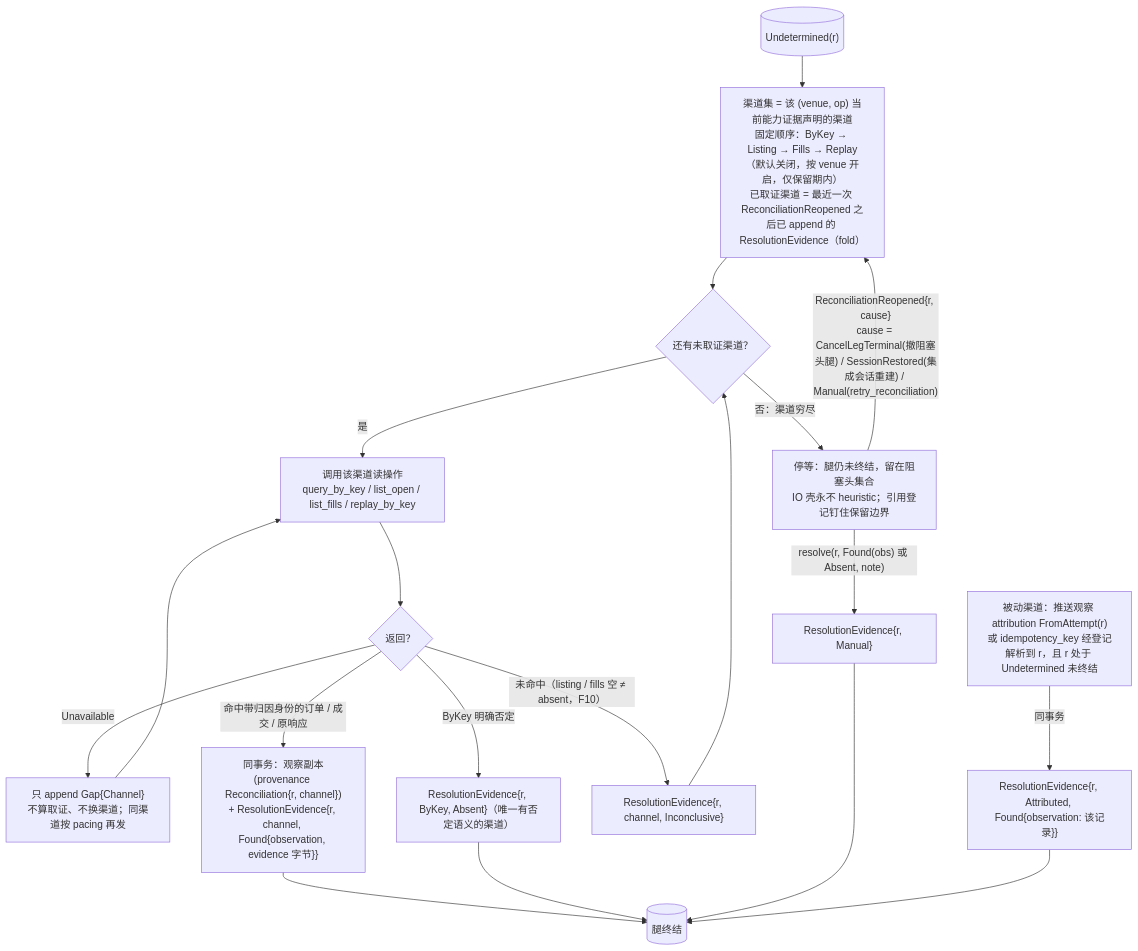
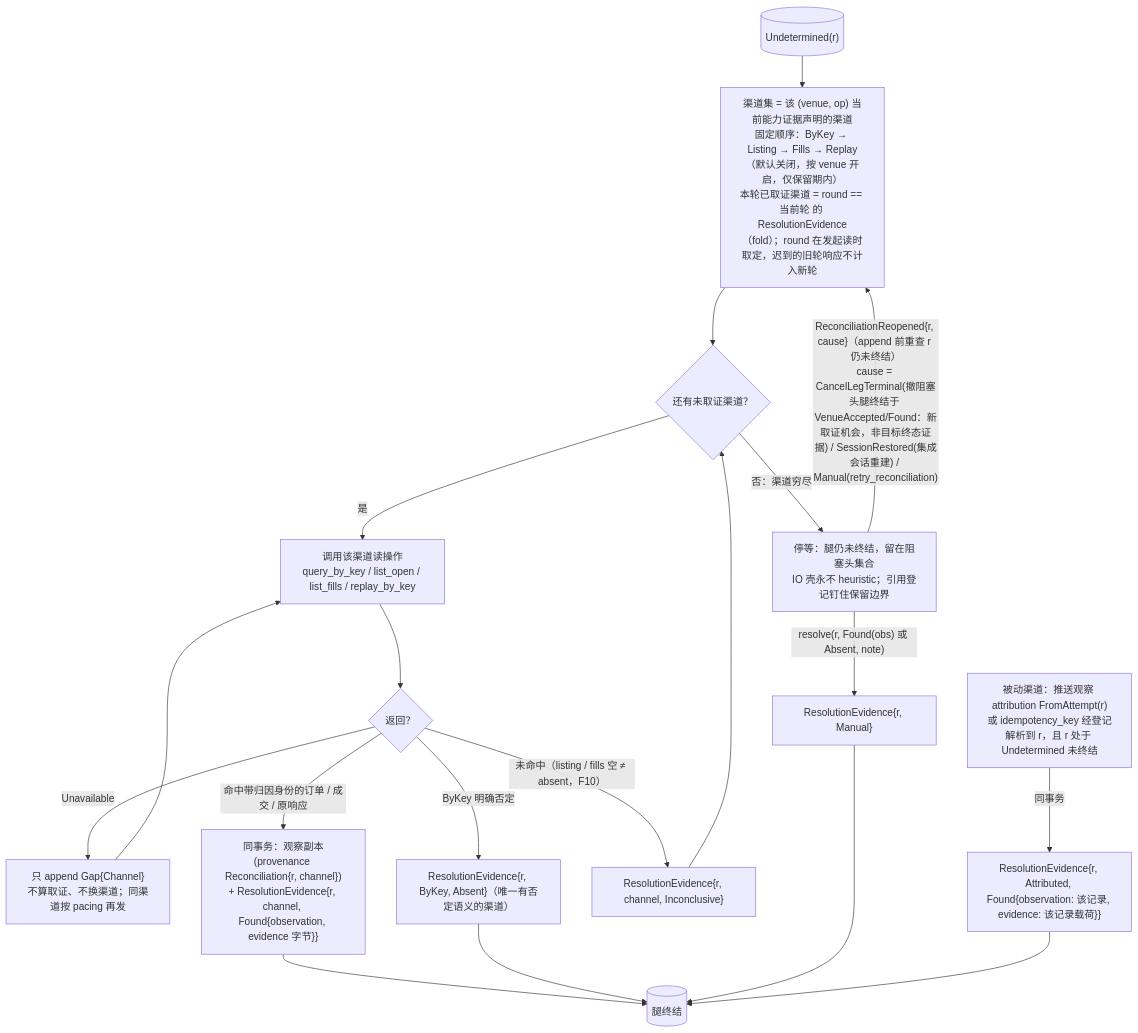
The second of 7 diagrams in design/diagrams/06-io-shell-attempt.md (mouriya-s-lab/uta), drawn with Mermaid before and after one commit. The commit also changed other lines of this file and 3 other files, not shown here.

Commit message:
设计：astra 复核第二轮——Found 六渠道均带 evidence 字节；ResolutionEvidence.round 按发起轮次归属；Manual 终结后重算链（撤单腿 Found 进 AwaitingTargetTerminal）；CancelLegTerminal 只是取证机会；Unmapped 目标状态不冒充终态；图同步

````diff
--- a/design/diagrams/06-io-shell-attempt.md
+++ b/design/diagrams/06-io-shell-attempt.md
@@ -54,22 +54,22 @@
 ```mermaid
 flowchart TB
   UD[("Undetermined(r)")]
-  UD --> CH0["渠道集 = 该 (venue, op) 当前能力证据声明的渠道<br/>固定顺序：ByKey → Listing → Fills → Replay（默认关闭，按 venue 开启，仅保留期内）<br/>已取证渠道 = 最近一次 ReconciliationReopened 之后已 append 的 ResolutionEvidence（fold）"]
+  UD --> CH0["渠道集 = 该 (venue, op) 当前能力证据声明的渠道<br/>固定顺序：ByKey → Listing → Fills → Replay（默认关闭，按 venue 开启，仅保留期内）<br/>本轮已取证渠道 = round == 当前轮 的 ResolutionEvidence（fold）；round 在发起读时取定，迟到的旧轮响应不计入新轮"]
   CH0 --> NEXT{"还有未取证渠道？"}
   NEXT -->|"是"| CALL["调用该渠道读操作<br/>query_by_key / list_open / list_fills / replay_by_key"]
   CALL --> RES{"返回？"}
   RES -->|"Unavailable"| GAP["只 append Gap{Channel}<br/>不算取证、不换渠道；同渠道按 pacing 再发"]
   GAP --> CALL
   RES -->|"命中带归因身份的订单 / 成交 / 原响应"| FOUND["同事务：观察副本(provenance Reconciliation{r, channel})<br/>+ ResolutionEvidence{r, channel, Found{observation, evidence 字节}}"]
   RES -->|"ByKey 明确否定"| ABS["ResolutionEvidence{r, ByKey, Absent}（唯一有否定语义的渠道）"]
   RES -->|"未命中（listing / fills 空 ≠ absent，F10）"| INC["ResolutionEvidence{r, channel, Inconclusive}"]
   INC --> NEXT
   NEXT -->|"否：渠道穷尽"| WAIT["停等：腿仍未终结，留在阻塞头集合<br/>IO 壳永不 heuristic；引用登记钉住保留边界"]
   WAIT -->|"resolve(r, Found(obs) 或 Absent, note)"| MAN["ResolutionEvidence{r, Manual}"]
-  WAIT -->|"ReconciliationReopened{r, cause}<br/>cause = CancelLegTerminal(撤阻塞头腿) / SessionRestored(集成会话重建) / Manual(retry_reconciliation)"| CH0
-  ATTR["被动渠道：推送观察 attribution FromAttempt(r)<br/>或 idempotency_key 经登记解析到 r，且 r 处于 Undetermined 未终结"] -->|"同事务"| ATT["ResolutionEvidence{r, Attributed, Found{observation: 该记录}}"]
+  WAIT -->|"ReconciliationReopened{r, cause}（append 前重查 r 仍未终结）<br/>cause = CancelLegTerminal(撤阻塞头腿终结于 VenueAccepted/Found：新取证机会，非目标终态证据) / SessionRestored(集成会话重建) / Manual(retry_reconciliation)"| CH0
+  ATTR["被动渠道：推送观察 attribution FromAttempt(r)<br/>或 idempotency_key 经登记解析到 r，且 r 处于 Undetermined 未终结"] -->|"同事务"| ATT["ResolutionEvidence{r, Attributed, Found{observation: 该记录, evidence: 该记录载荷}}"]
   FOUND --> RS[("腿终结")]
   ABS --> RS
   MAN --> RS
   ATT --> RS
 ```
````
